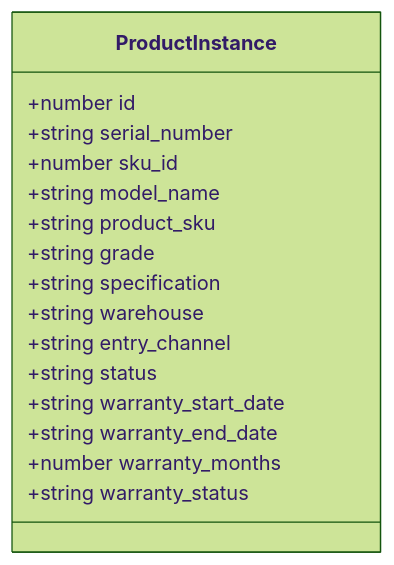
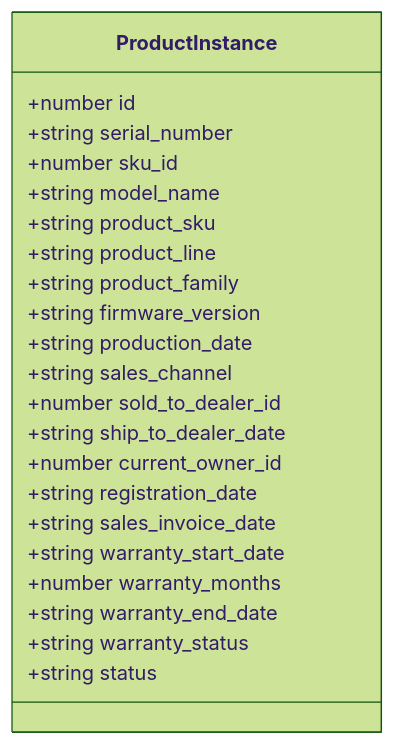
The ninth of 14 diagrams in .qoder/repowiki/zh/content/前端组件架构/产品管理界面/产品管理界面.md (CubeEdge/Longhorn), drawn with Mermaid (forest theme) before and after one commit. The commit also changed other lines of this file and 53 other files, not shown here.

````diff
--- a/.qoder/repowiki/zh/content/前端组件架构/产品管理界面/产品管理界面.md
+++ b/.qoder/repowiki/zh/content/前端组件架构/产品管理界面/产品管理界面.md
@@ -931,19 +719,25 @@
 ```mermaid
 classDiagram
 class ProductInstance {
 +number id
 +string serial_number
 +number sku_id
 +string model_name
 +string product_sku
-+string grade
-+string specification
-+string warehouse
-+string entry_channel
++string product_line
++string product_family
++string firmware_version
++string production_date
++string sales_channel
++number sold_to_dealer_id
++string ship_to_dealer_date
++number current_owner_id
++string registration_date
++string sales_invoice_date
++string warranty_start_date
++number warranty_months
++string warranty_end_date
++string warranty_status
 +string status
-+string warranty_start_date
-+string warranty_end_date
-+number warranty_months
-+string warranty_status
 }
 ```
````
